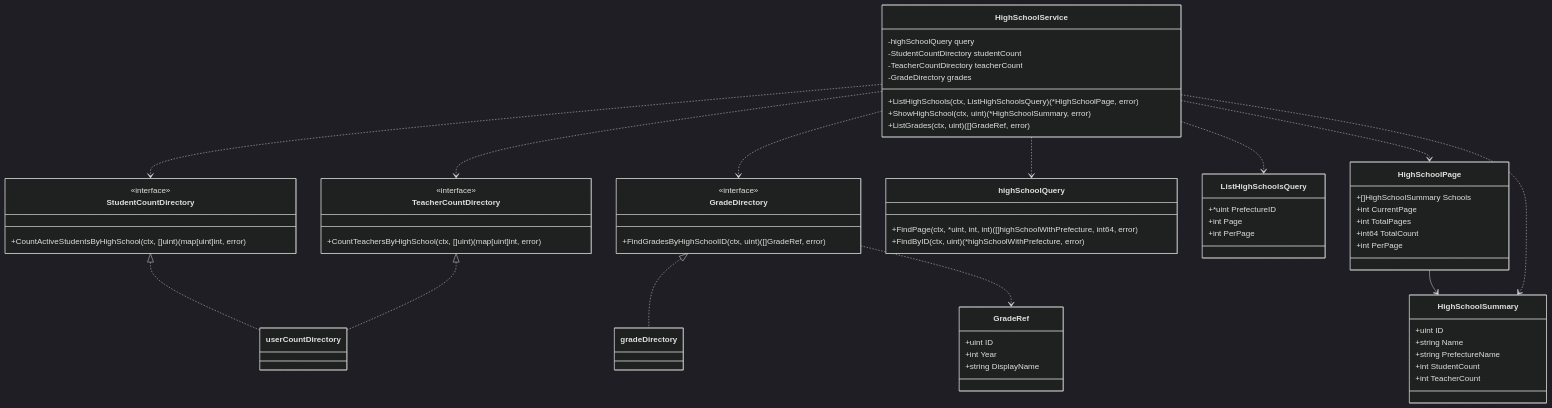
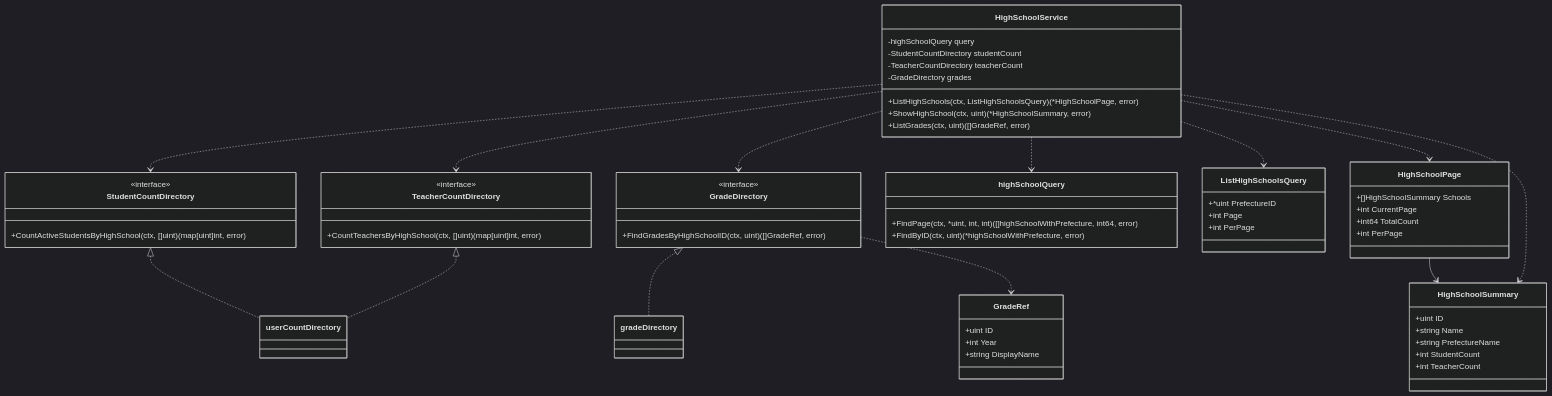
One commit to yuta20253/edu-platform-go-design changed the first of 5 diagrams in 計画書/Go実装仕様書/管理者高校学年参照機能_Go実装仕様書.md. Above: the diagram before and after it, drawn with Mermaid (dark theme). The commit also changed other lines of this file and 20 other files, not shown here.

````diff
--- a/計画書/Go実装仕様書/管理者高校学年参照機能_Go実装仕様書.md
+++ b/計画書/Go実装仕様書/管理者高校学年参照機能_Go実装仕様書.md
@@ -119,73 +119,72 @@
 ```mermaid
 classDiagram
     class GradeDirectory {
         <<interface>>
         +FindGradesByHighSchoolID(ctx, uint) ([]GradeRef, error)
     }
     class StudentCountDirectory {
         <<interface>>
         +CountActiveStudentsByHighSchool(ctx, []uint) (map[uint]int, error)
     }
     class TeacherCountDirectory {
         <<interface>>
         +CountTeachersByHighSchool(ctx, []uint) (map[uint]int, error)
     }
 
     class gradeDirectory
     class userCountDirectory
 
     GradeDirectory <|.. gradeDirectory
     StudentCountDirectory <|.. userCountDirectory
     TeacherCountDirectory <|.. userCountDirectory
 
     class GradeRef {
         +uint ID
         +int Year
         +string DisplayName
     }
     GradeDirectory ..> GradeRef
 
     class highSchoolQuery {
         +FindPage(ctx, *uint, int, int) ([]highSchoolWithPrefecture, int64, error)
         +FindByID(ctx, uint) (*highSchoolWithPrefecture, error)
     }
 
     class HighSchoolService {
         -highSchoolQuery query
         -StudentCountDirectory studentCount
         -TeacherCountDirectory teacherCount
         -GradeDirectory grades
         +ListHighSchools(ctx, ListHighSchoolsQuery) (*HighSchoolPage, error)
         +ShowHighSchool(ctx, uint) (*HighSchoolSummary, error)
         +ListGrades(ctx, uint) ([]GradeRef, error)
     }
 
     class ListHighSchoolsQuery {
         +*uint PrefectureID
         +int Page
         +int PerPage
     }
     class HighSchoolSummary {
         +uint ID
         +string Name
         +string PrefectureName
         +int StudentCount
         +int TeacherCount
     }
     class HighSchoolPage {
         +[]HighSchoolSummary Schools
         +int CurrentPage
-        +int TotalPages
         +int64 TotalCount
         +int PerPage
     }
 
     HighSchoolService ..> highSchoolQuery
     HighSchoolService ..> StudentCountDirectory
     HighSchoolService ..> TeacherCountDirectory
     HighSchoolService ..> GradeDirectory
     HighSchoolService ..> ListHighSchoolsQuery
     HighSchoolService ..> HighSchoolPage
     HighSchoolPage --> HighSchoolSummary
     HighSchoolService ..> HighSchoolSummary
 ```
````
